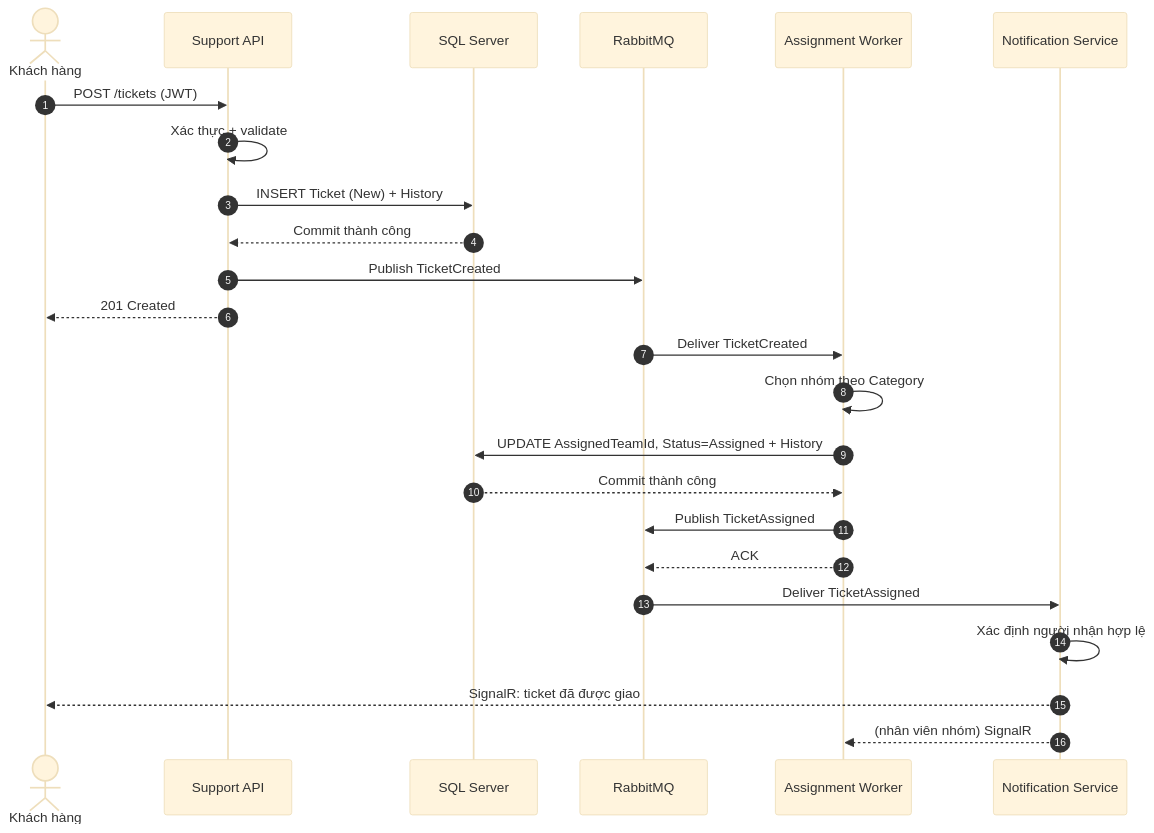
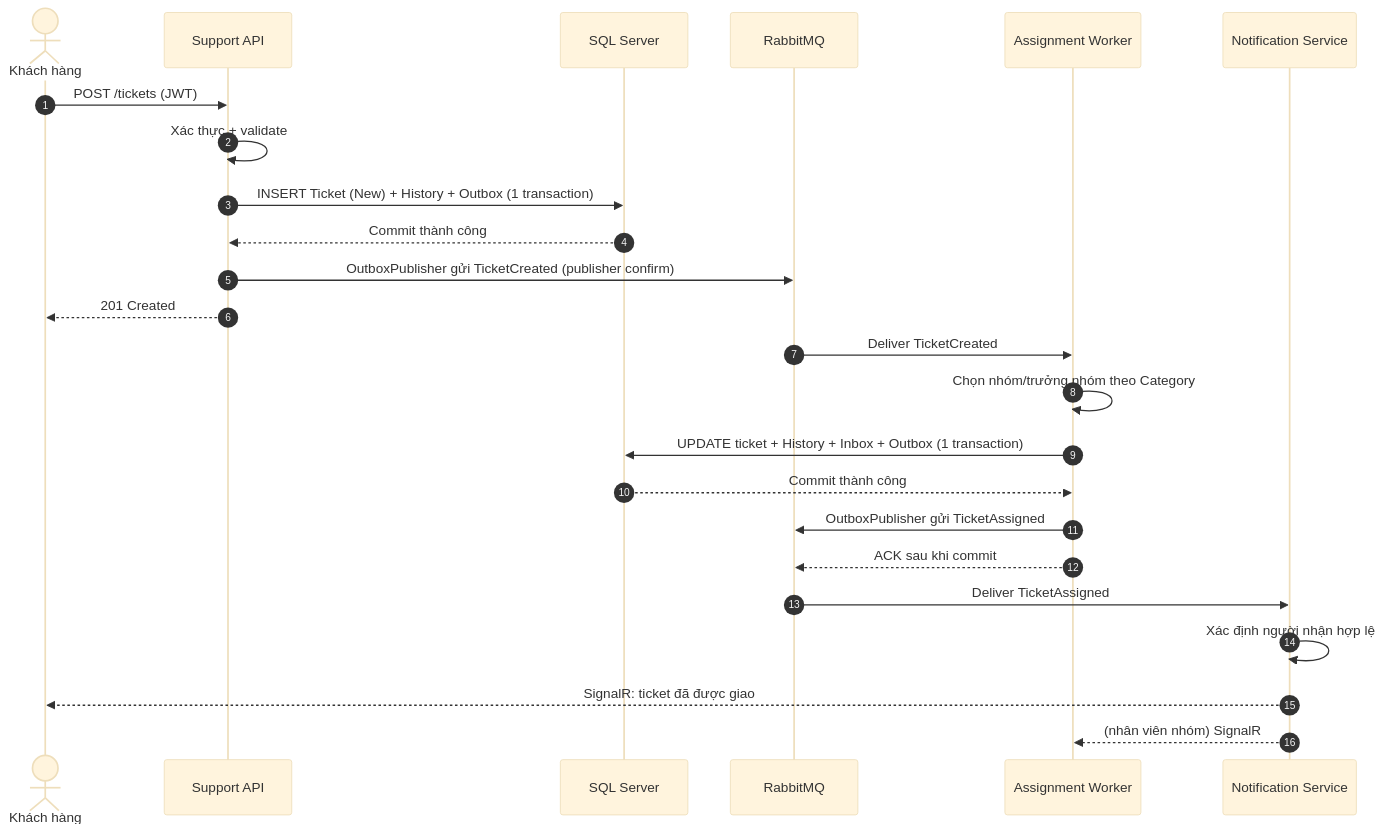
Before and after one commit to dtc245230011/Giang-A-Vang: the fourth of 6 diagrams in docs/architecture.md, drawn with Mermaid (base theme). The commit also changed other lines of this file and 23 other files, not shown here.

````diff
--- a/docs/architecture.md
+++ b/docs/architecture.md
@@ -204,29 +214,29 @@
 ```mermaid
 sequenceDiagram
     autonumber
     actor KH as Khách hàng
     participant API as Support API
     participant DB as SQL Server
     participant MQ as RabbitMQ
     participant WK as Assignment Worker
     participant NS as Notification Service
 
     KH->>API: POST /tickets (JWT)
     API->>API: Xác thực + validate
-    API->>DB: INSERT Ticket (New) + History
+    API->>DB: INSERT Ticket (New) + History + Outbox (1 transaction)
     DB-->>API: Commit thành công
-    API->>MQ: Publish TicketCreated
+    API->>MQ: OutboxPublisher gửi TicketCreated (publisher confirm)
     API-->>KH: 201 Created
 
     MQ->>WK: Deliver TicketCreated
-    WK->>WK: Chọn nhóm theo Category
-    WK->>DB: UPDATE AssignedTeamId, Status=Assigned + History
+    WK->>WK: Chọn nhóm/trưởng nhóm theo Category
+    WK->>DB: UPDATE ticket + History + Inbox + Outbox (1 transaction)
     DB-->>WK: Commit thành công
-    WK->>MQ: Publish TicketAssigned
-    WK-->>MQ: ACK
+    WK->>MQ: OutboxPublisher gửi TicketAssigned
+    WK-->>MQ: ACK sau khi commit
 
     MQ->>NS: Deliver TicketAssigned
     NS->>NS: Xác định người nhận hợp lệ
     NS-->>KH: SignalR: ticket đã được giao
     NS-->>WK: (nhân viên nhóm) SignalR
 ```
````
